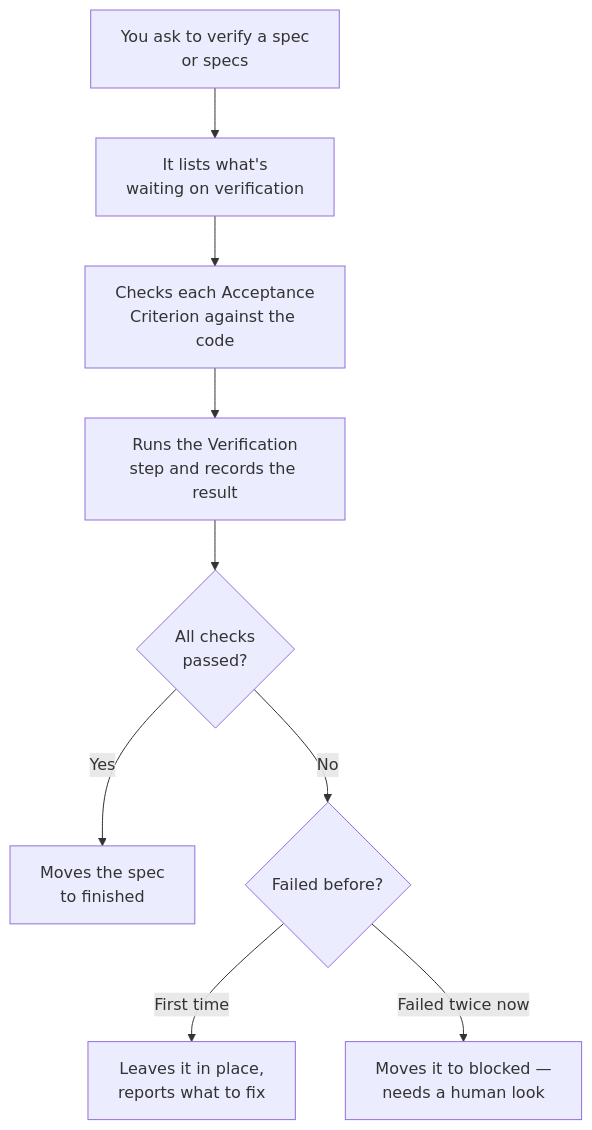
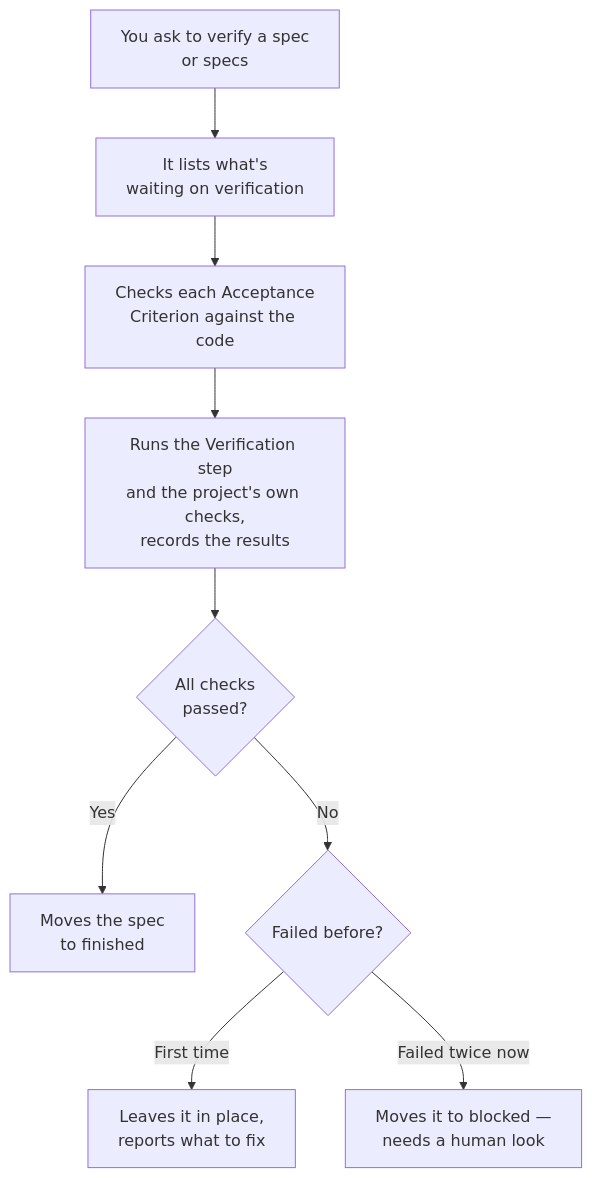
Before and after one commit to RyoKusnadi/rig-bench: the fourth of 4 diagrams in README.md, drawn with Mermaid. The commit also changed other lines of this file and 43 other files, not shown here.

````diff
--- a/README.md
+++ b/README.md
@@ -88,11 +97,11 @@
 ```mermaid
 flowchart TD
     A[You ask to verify a spec<br/>or specs] --> B[It lists what's<br/>waiting on verification]
     B --> C[Checks each Acceptance<br/>Criterion against the code]
-    C --> D[Runs the Verification<br/>step and records the result]
+    C --> D[Runs the Verification step<br/>and the project's own checks,<br/>records the results]
     D --> E{All checks<br/>passed?}
     E -->|Yes| F[Moves the spec<br/>to finished]
     E -->|No| G{Failed before?}
     G -->|First time| H[Leaves it in place,<br/>reports what to fix]
     G -->|Failed twice now| I[Moves it to blocked —<br/>needs a human look]
 ```
````
